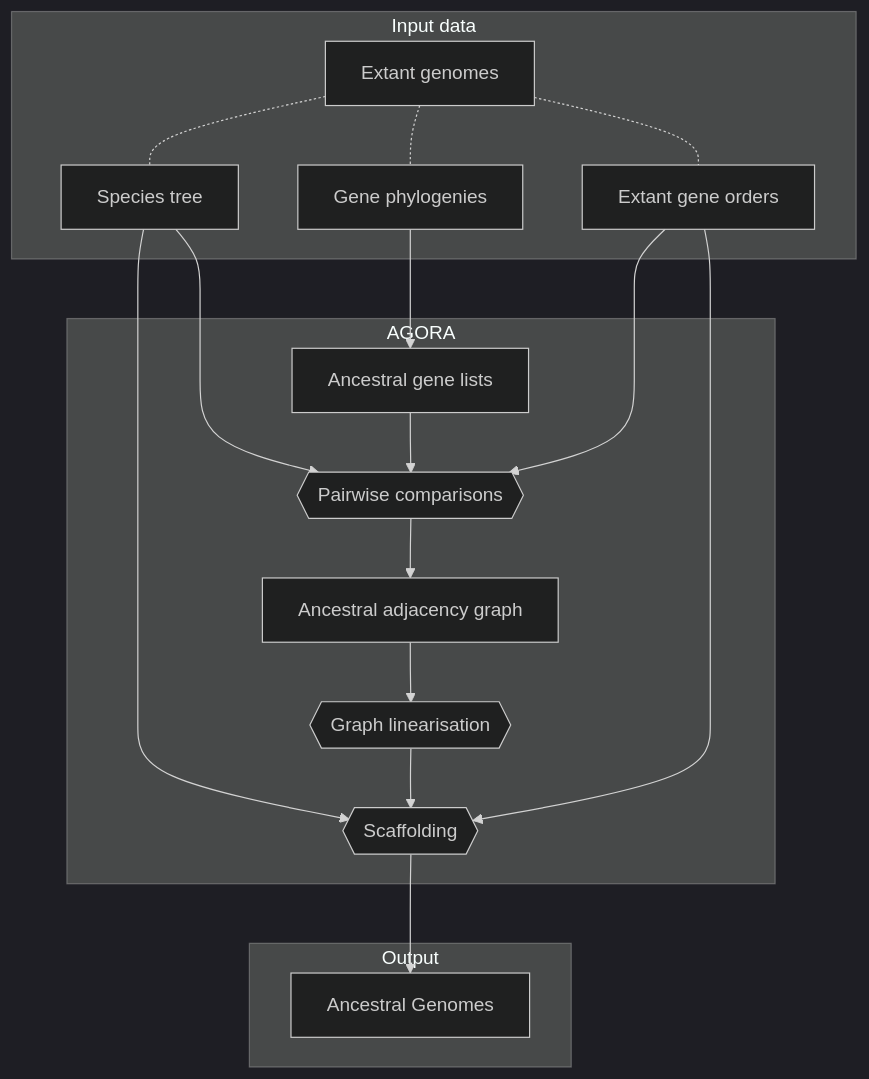
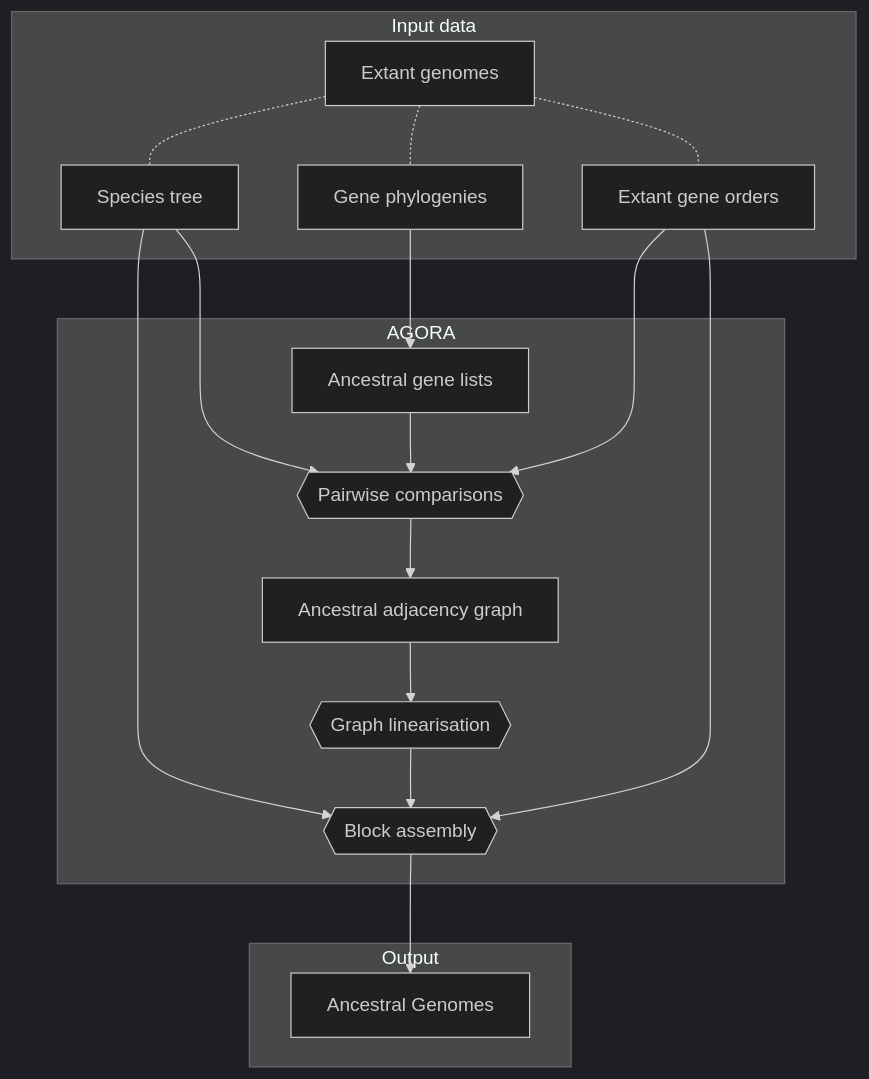
Before and after one commit to DyogenIBENS/Agora: the diagram in doc/agora-basic.mmd, drawn with Mermaid (dark theme). The commit also changed 2 other files, not shown here.

Commit message:
We try to avoid the term "scaffolding"

```diff
--- a/doc/agora-basic.mmd
+++ b/doc/agora-basic.mmd
@@ -1,22 +1,22 @@
 graph TD
   subgraph Input data
     A[Extant genomes]
     B[Species tree]
     C[Gene phylogenies]
     D[Extant gene orders]
   end
   subgraph AGORA
     E[Ancestral gene lists]
     F{{Pairwise comparisons}}
     G[Ancestral adjacency graph]
     H{{Graph linearisation}}
-    J{{Scaffolding}}
+    J{{Block assembly}}
   end
   subgraph Output
     K[Ancestral Genomes]
   end
   A -.- B & C & D
   C --> E
   B --> J & F
   D --> F & J
   E --> F --> G --> H --> J --> K
```
